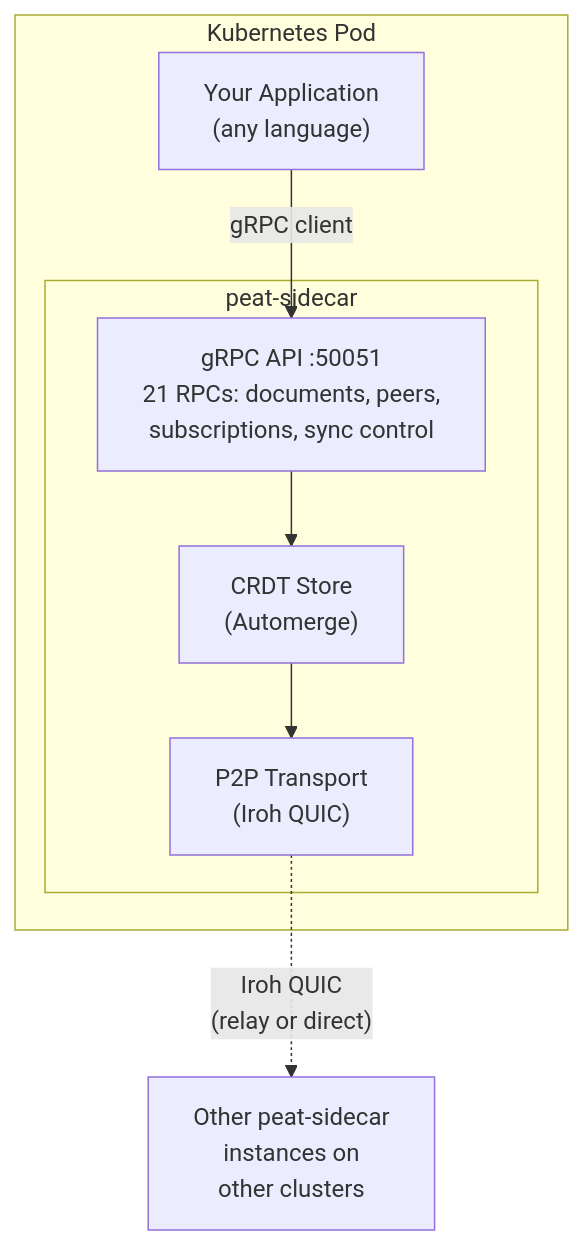
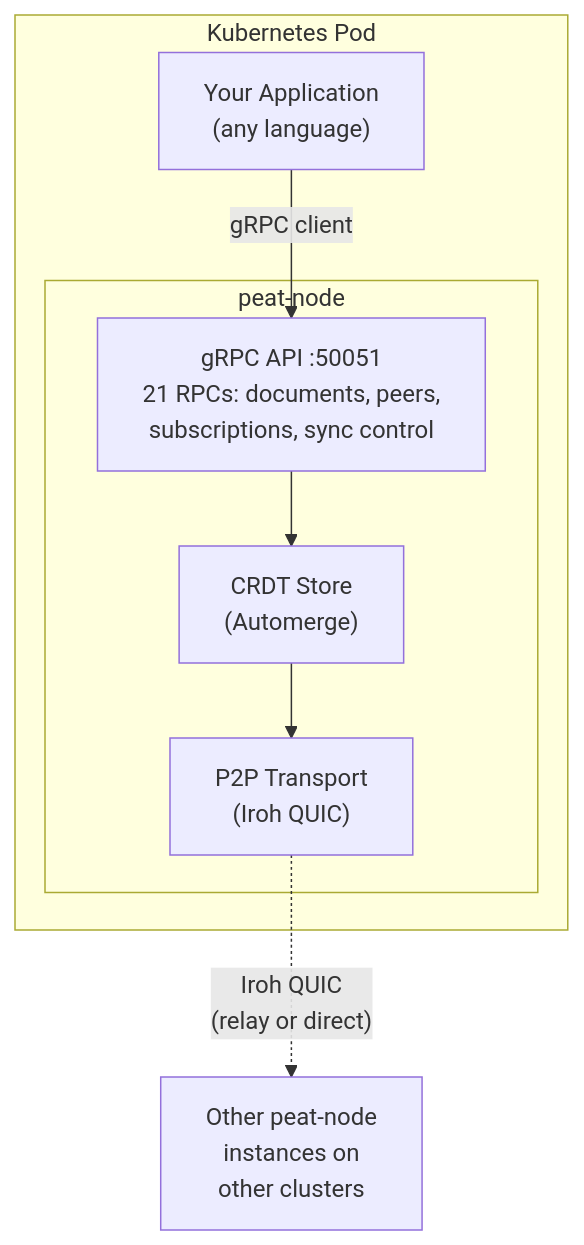
The first of 2 diagrams in README.md (defenseunicorns/peat-node), drawn with Mermaid before and after one commit. The commit also changed other lines of this file and 38 other files, not shown here.

First line of the commit message:
refactor: rename peat-sidecar to peat-node

````diff
--- a/README.md
+++ b/README.md
@@ -9,14 +9,14 @@
 ```mermaid
 graph TB
     subgraph pod["Kubernetes Pod"]
         app["Your Application<br/>(any language)"]
-        subgraph sidecar["peat-sidecar"]
+        subgraph sidecar["peat-node"]
             grpc["gRPC API :50051<br/>21 RPCs: documents, peers,<br/>subscriptions, sync control"]
             crdt["CRDT Store<br/>(Automerge)"]
             transport["P2P Transport<br/>(Iroh QUIC)"]
             grpc --> crdt --> transport
         end
         app -- "gRPC client" --> grpc
     end
-    transport -. "Iroh QUIC<br/>(relay or direct)" .-> other["Other peat-sidecar<br/>instances on<br/>other clusters"]
+    transport -. "Iroh QUIC<br/>(relay or direct)" .-> other["Other peat-node<br/>instances on<br/>other clusters"]
 ```
````
